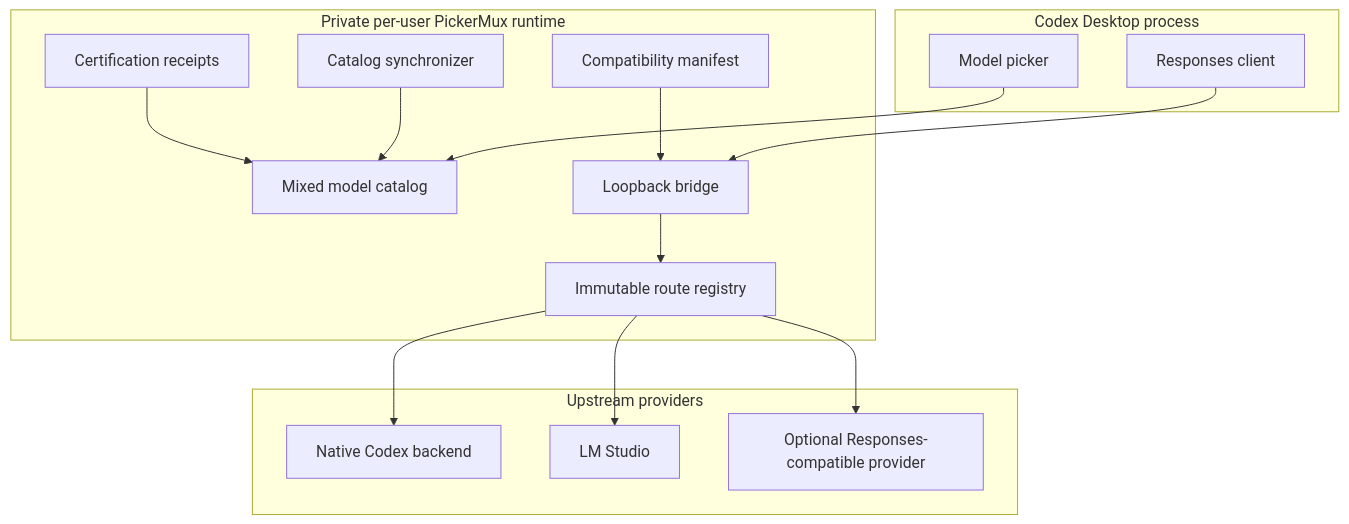
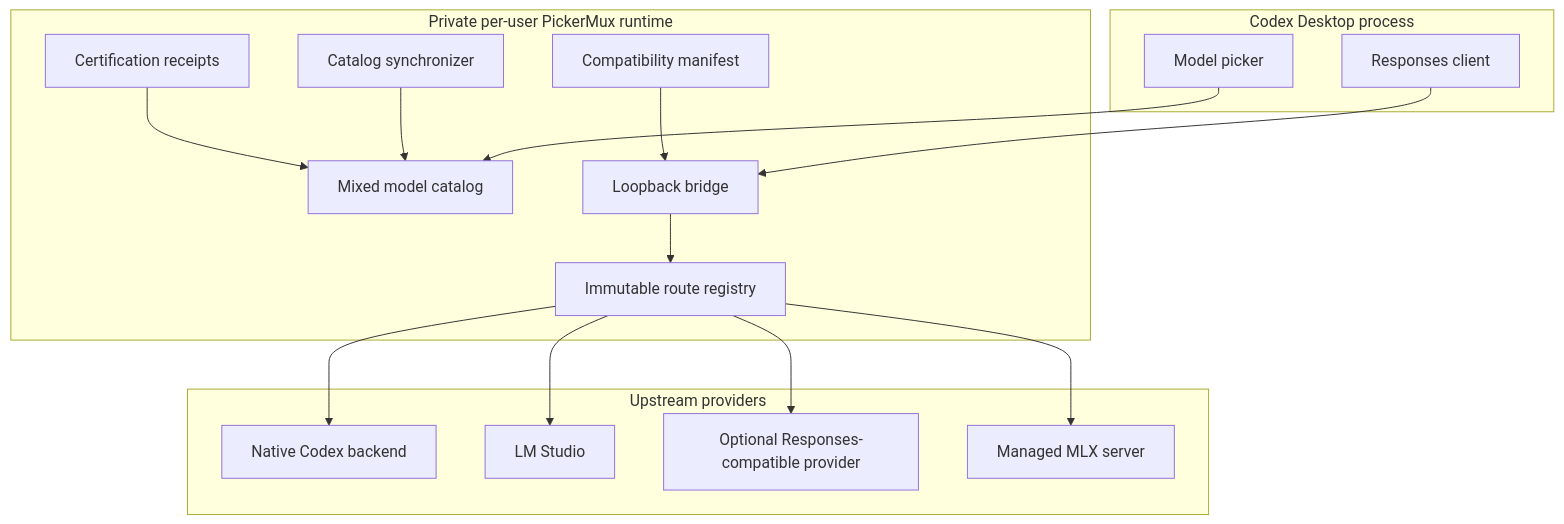
The first of 3 diagrams in docs/ARCHITECTURE.md (patrickschiller/pickermux), drawn with Mermaid before and after one commit. The commit also changed other lines of this file and 104 other files, not shown here.

````diff
--- a/docs/ARCHITECTURE.md
+++ b/docs/ARCHITECTURE.md
@@ -20,32 +20,34 @@
 ```mermaid
 flowchart TB
     subgraph Codex[Codex Desktop process]
         UI[Model picker]
         Client[Responses client]
     end
 
     subgraph Local[Private per-user PickerMux runtime]
         Catalog[Mixed model catalog]
         Bridge[Loopback bridge]
         Registry[Immutable route registry]
         Sync[Catalog synchronizer]
         Receipts[Certification receipts]
         Compat[Compatibility manifest]
     end
 
     subgraph Providers[Upstream providers]
         Native[Native Codex backend]
         LM[LM Studio]
         Other[Optional Responses-compatible provider]
+        Kolibri[Managed MLX server]
     end
 
     UI --> Catalog
     Client --> Bridge
     Bridge --> Registry
     Registry --> Native
     Registry --> LM
     Registry --> Other
+    Registry --> Kolibri
     Sync --> Catalog
     Receipts --> Catalog
     Compat --> Bridge
 ```
````
